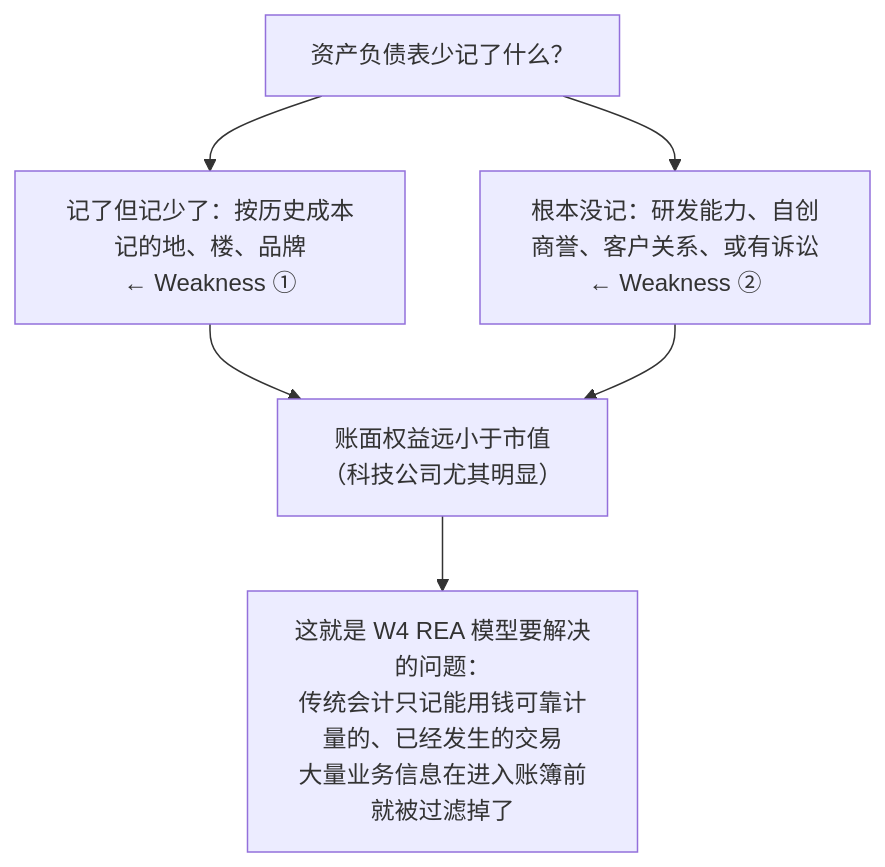
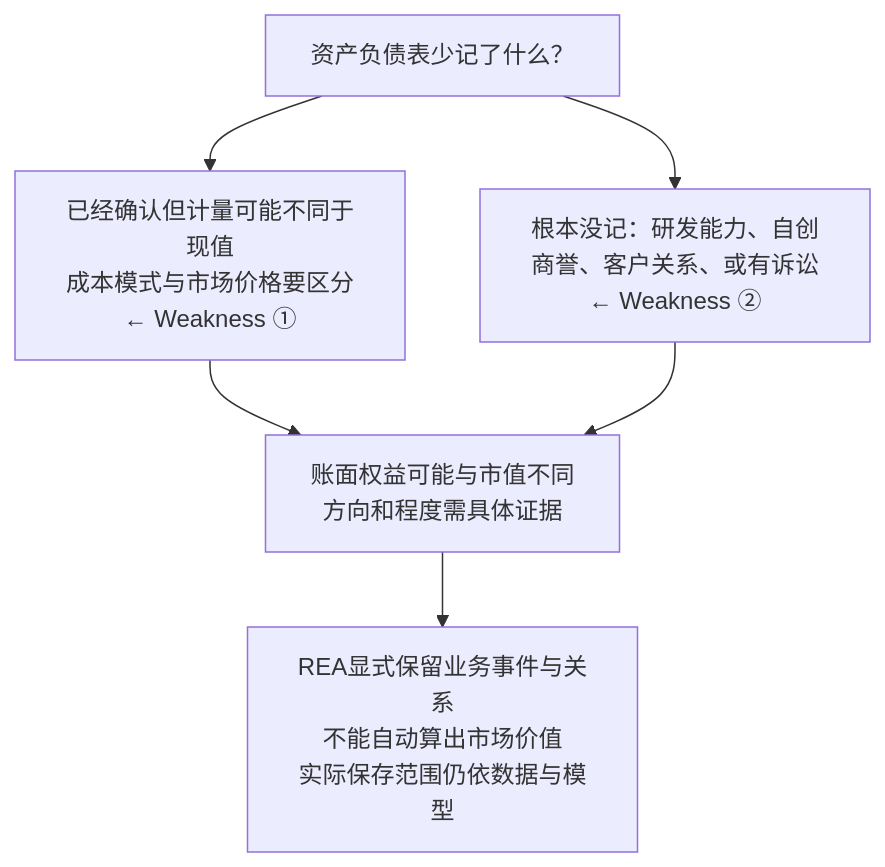
One commit to CercaTrovato/cityu-ai-course-notes changed the fifth of 12 diagrams in AC6761_Artificial_Intelligence_Accounting/notes/M03-年报分析.md. Above: the diagram before and after it, drawn with Mermaid. The commit also changed other lines of this file and 224 other files, not shown here.

First line of the commit message:
完善五门课图文可读性并更新仓库首页

````diff
--- a/AC6761_Artificial_Intelligence_Accounting/notes/M03-年报分析.md
+++ b/AC6761_Artificial_Intelligence_Accounting/notes/M03-年报分析.md
@@ -1050,9 +1477,9 @@
 ```mermaid
 flowchart TD
     Q["资产负债表少记了什么？"]
-    Q --> A["记了但记少了：按历史成本记的地、楼、品牌<br/>← Weakness ①"]
+    Q --> A["已经确认但计量可能不同于现值<br/>成本模式与市场价格要区分<br/>← Weakness ①"]
     Q --> B["根本没记：研发能力、自创商誉、客户关系、或有诉讼<br/>← Weakness ②"]
-    A --> C["账面权益远小于市值<br/>（科技公司尤其明显）"]
+    A --> C["账面权益可能与市值不同<br/>方向和程度需具体证据"]
     B --> C
-    C --> D["这就是 W4 REA 模型要解决的问题：<br/>传统会计只记能用钱可靠计量的、已经发生的交易<br/>大量业务信息在进入账簿前就被过滤掉了"]
+    C --> D["REA显式保留业务事件与关系<br/>不能自动算出市场价值<br/>实际保存范围仍依数据与模型"]
 ```
````
